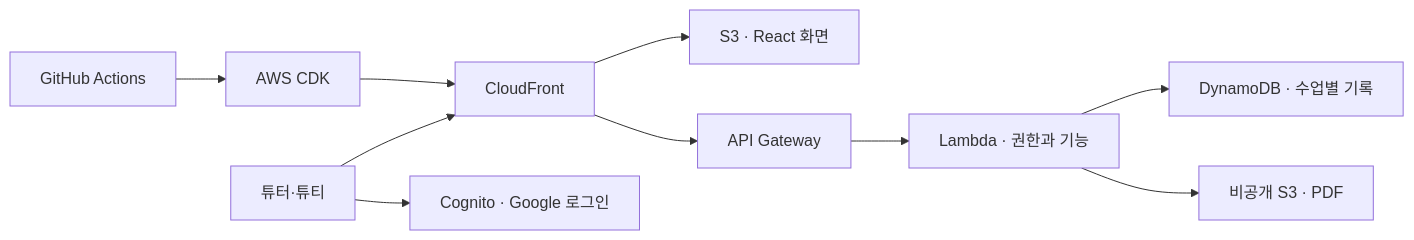
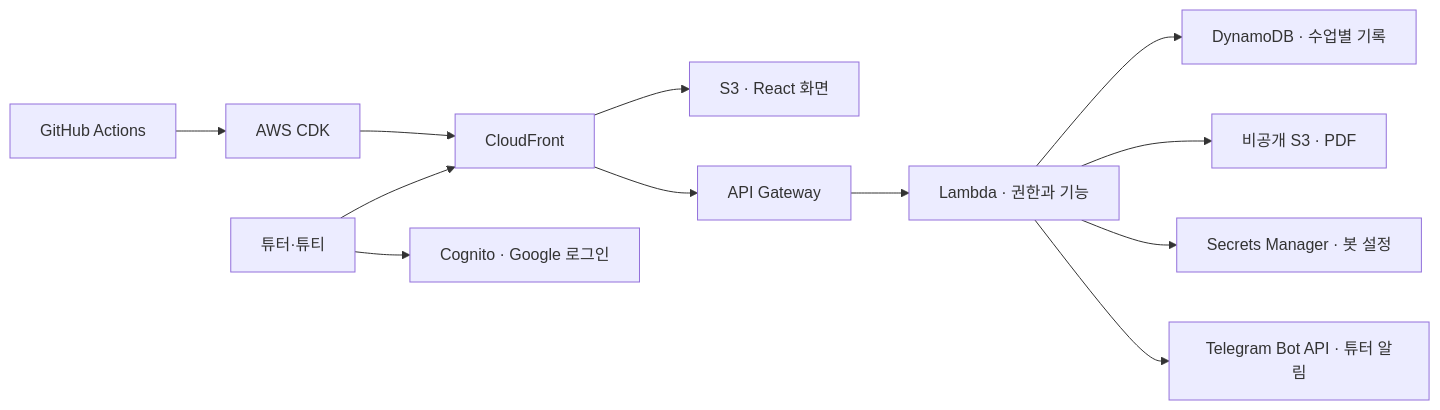
The diagram in README.md (ryeong03/data-structures-tutoring), drawn with Mermaid before and after one commit. The commit also changed other lines of this file and 1 other file, not shown here.

Commit message:
Document Telegram tutor alerts with anonymized example

````diff
--- a/README.md
+++ b/README.md
@@ -68,10 +77,12 @@
 ```mermaid
 flowchart LR
     U[튜터·튜티] --> CF[CloudFront]
     U --> C[Cognito · Google 로그인]
     CF --> WEB[S3 · React 화면]
     CF --> API[API Gateway] --> L[Lambda · 권한과 기능]
     L --> DB[DynamoDB · 수업별 기록]
     L --> FILE[비공개 S3 · PDF]
+    L --> SEC[Secrets Manager · 봇 설정]
+    L --> TG[Telegram Bot API · 튜터 알림]
     GH[GitHub Actions] --> CDK[AWS CDK] --> CF
 ```
````
